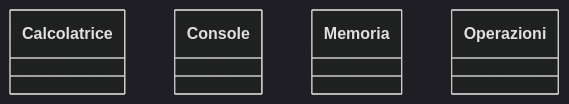
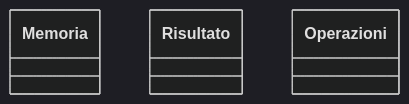
Before and after one commit to pUchYllY/UNIBA: the diagram in Metodi Avanzati Programmazione/Calcolatrice/diagrammaClassiConcettuale.mmd, drawn with Mermaid (dark theme). The commit also changed 1 other file, not shown here.

Commit message:
Modificati con successo i diagrammi di classe a prospettiva concettuale e software

```diff
--- a/Metodi Avanzati Programmazione/Calcolatrice/diagrammaClassiConcettuale.mmd
+++ b/Metodi Avanzati Programmazione/Calcolatrice/diagrammaClassiConcettuale.mmd
@@ -1,12 +1,9 @@
 classDiagram
-	class Calcolatrice
-
-	class Console
-
 	class Memoria
 		listaRisultati
 
+	class Risultato
+		operazione
+		valore
+
 	class Operazioni
-		oper1
-		oper2
-		ris
```
